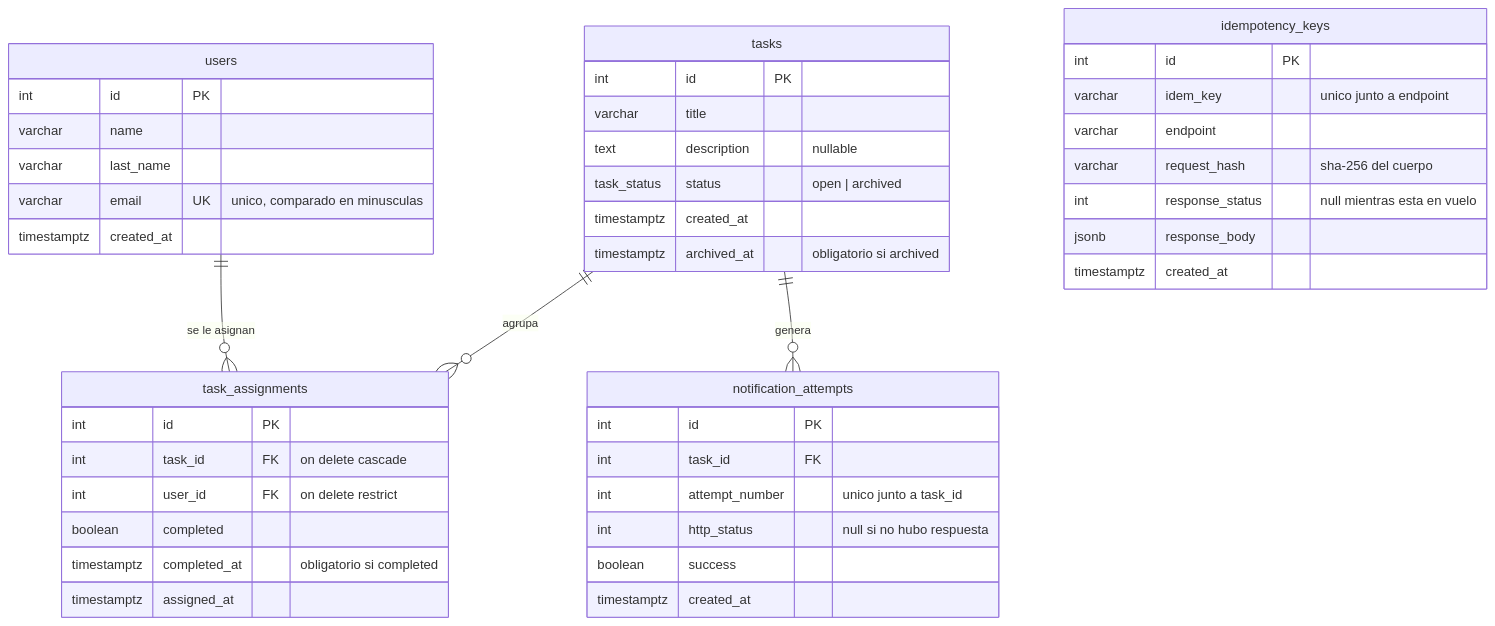
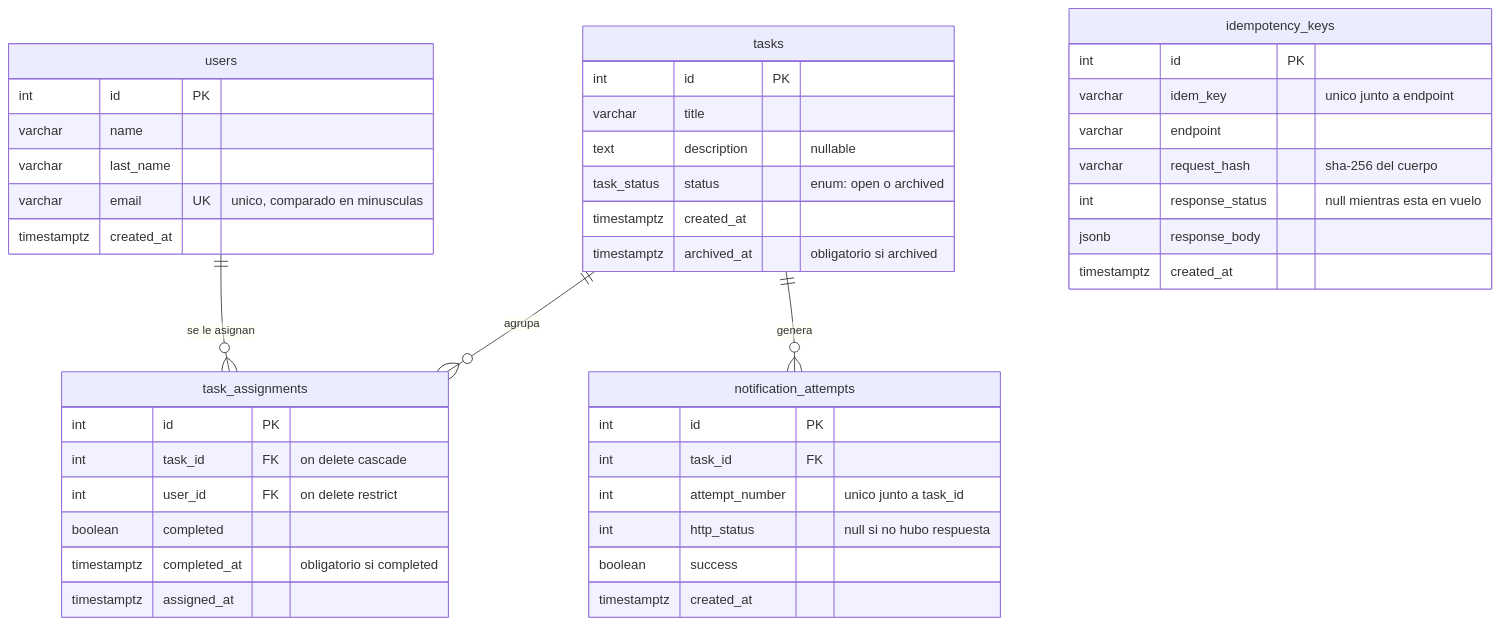
Before and after one commit to MarioGaytan/Reto_Backend_Geest: the diagram in README.md, drawn with Mermaid. The commit also changed other lines of this file and 1 other file, not shown here.

Commit message:
docs: SVG del modelo de datos como respaldo del diagrama

````diff
--- a/README.md
+++ b/README.md
@@ -65,47 +65,51 @@
 ```mermaid
 erDiagram
     users ||--o{ task_assignments : "se le asignan"
     tasks ||--o{ task_assignments : "agrupa"
     tasks ||--o{ notification_attempts : "genera"
 
     users {
         int id PK
         varchar name
         varchar last_name
         varchar email UK "unico, comparado en minusculas"
         timestamptz created_at
     }
+
     tasks {
         int id PK
         varchar title
         text description "nullable"
-        task_status status "open | archived"
+        task_status status "enum: open o archived"
         timestamptz created_at
         timestamptz archived_at "obligatorio si archived"
     }
+
     task_assignments {
         int id PK
         int task_id FK "on delete cascade"
         int user_id FK "on delete restrict"
         boolean completed
         timestamptz completed_at "obligatorio si completed"
         timestamptz assigned_at
     }
+
     notification_attempts {
         int id PK
         int task_id FK
         int attempt_number "unico junto a task_id"
         int http_status "null si no hubo respuesta"
         boolean success
         timestamptz created_at
     }
+
     idempotency_keys {
         int id PK
         varchar idem_key "unico junto a endpoint"
         varchar endpoint
         varchar request_hash "sha-256 del cuerpo"
         int response_status "null mientras esta en vuelo"
         jsonb response_body
         timestamptz created_at
     }
 ```
````
